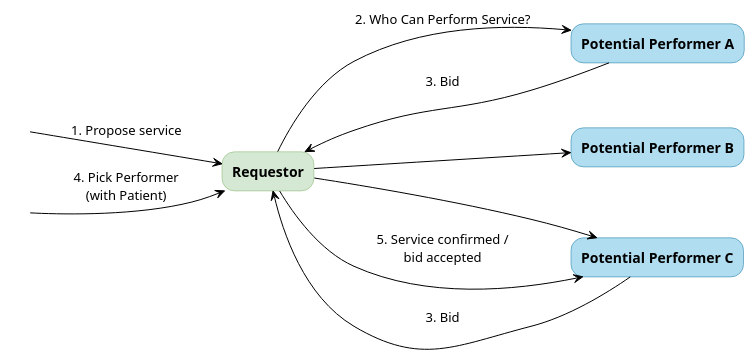
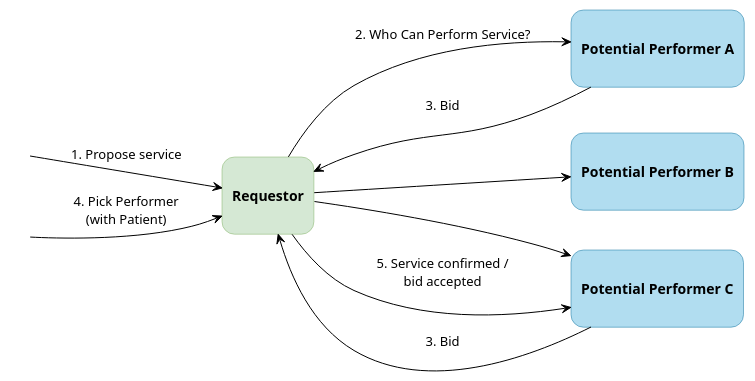
One commit to HL7/fhir-cow-ig changed the diagram in input/images-source/request-bid.plantuml. Above: the diagram before and after it, drawn with PlantUML. The commit also changed 5 other files, not shown here.

First line of the commit message:
Fulfiller Determination diagrams: taller boxes

```diff
--- a/input/images-source/request-bid.plantuml
+++ b/input/images-source/request-bid.plantuml
@@ -1,28 +1,28 @@
 @startuml request-bid
 skinparam svgDimensionStyle false
 skinparam defaultFontName Arial
 skinparam defaultTextAlignment center
 skinparam ArrowColor Black
 skinparam rectangle {
   RoundCorner 25
   FontStyle bold
 }
 skinparam nodesep 40
 skinparam ranksep 80
 left to right direction
 
 rectangle " " as BidS1 #transparent;line:transparent
 rectangle " " as BidS4 #transparent;line:transparent
-rectangle "Requestor" as BidR #d5e8d4;line:82b366
-rectangle "Potential Performer A" as BidA #b1ddf0;line:10739e
-rectangle "Potential Performer B" as BidB #b1ddf0;line:10739e
-rectangle "Potential Performer C" as BidC #b1ddf0;line:10739e
+rectangle "\nRequestor\n" as BidR #d5e8d4;line:82b366
+rectangle "\nPotential Performer A\n" as BidA #b1ddf0;line:10739e
+rectangle "\nPotential Performer B\n" as BidB #b1ddf0;line:10739e
+rectangle "\nPotential Performer C\n" as BidC #b1ddf0;line:10739e
 BidS1 --> BidR : 1. Propose service
 BidR --> BidA : 2. Who Can Perform Service?
 BidR --> BidB
 BidR --> BidC
 BidA --> BidR : 3. Bid
 BidC --> BidR : 3. Bid
 BidS4 --> BidR : 4. Pick Performer\n(with Patient)
 BidR --> BidC : 5. Service confirmed /\nbid accepted
 @enduml
```
